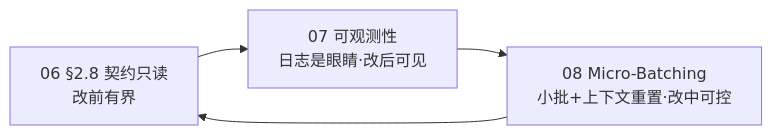
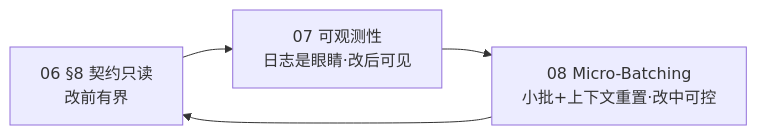
Before and after one commit to aifuun/dev-meta: the diagram in README.md, drawn with Mermaid. The commit also changed other lines of this file and 26 other files, not shown here.

````diff
--- a/README.md
+++ b/README.md
@@ -40,6 +40,6 @@
 ```mermaid
 flowchart LR
-    C[06 §2.8 契约只读<br/>改前有界] --> O[07 可观测性<br/>日志是眼睛·改后可见]
+    C[06 §8 契约只读<br/>改前有界] --> O[07 可观测性<br/>日志是眼睛·改后可见]
     O --> M[08 Micro-Batching<br/>小批+上下文重置·改中可控]
     M --> C
 ```
````
